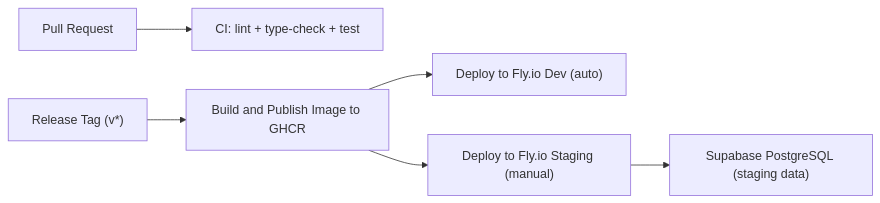
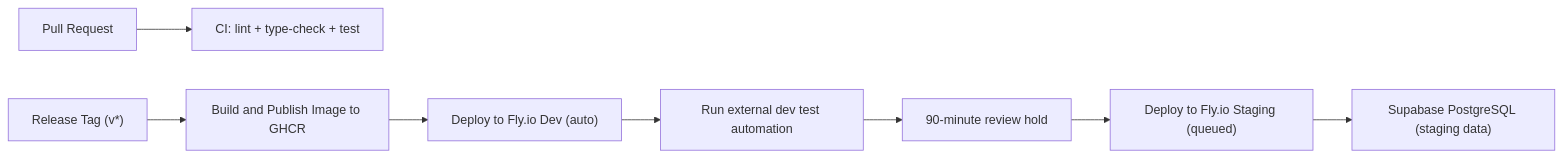
The second of 2 diagrams in docs/architecture.md (RamonAlcantaraArceo/petstore-api), drawn with Mermaid before and after one commit. The commit also changed 5 other files, not shown here.

Commit message:
Add dev test gate and delayed staging queue

````diff
--- a/docs/architecture.md
+++ b/docs/architecture.md
@@ -26,8 +26,10 @@
 ```mermaid
 graph LR
     PR["Pull Request"] --> CI["CI: lint + type-check + test"]
     ReleaseTag["Release Tag (v*)"] --> GHCR["Build and Publish Image to GHCR"]
     GHCR --> Dev["Deploy to Fly.io Dev (auto)"]
-    GHCR --> Staging["Deploy to Fly.io Staging (manual)"]
+    Dev --> DevTests["Run external dev test automation"]
+    DevTests --> Hold["90-minute review hold"]
+    Hold --> Staging["Deploy to Fly.io Staging (queued)"]
     Staging --> SupabaseDb["Supabase PostgreSQL (staging data)"]
 ```
````
